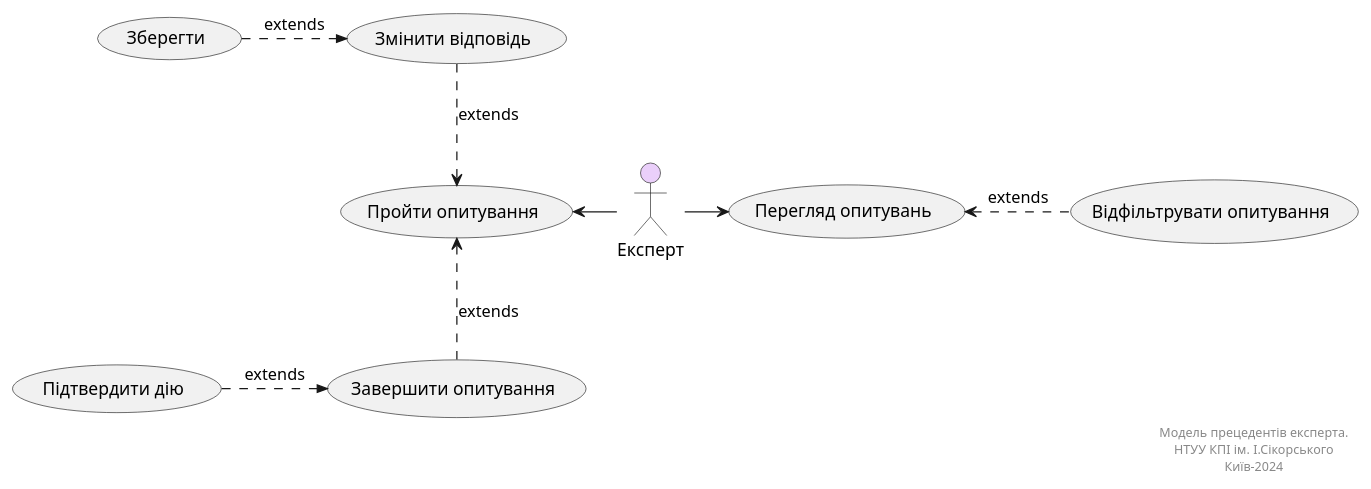
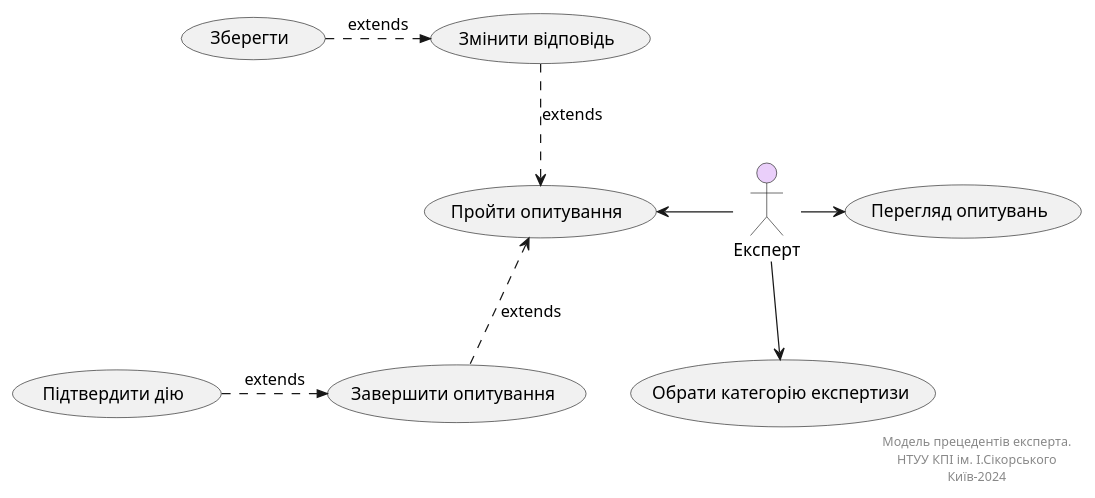
Before and after one commit to generalmaks/db_labs: the fourth of 16 diagrams in docs/use_cases.md, drawn with PlantUML.

Commit message:
Update Expert use case

````diff
--- a/docs/use_cases.md
+++ b/docs/use_cases.md
@@ -200,34 +200,32 @@
 ```plantuml
 @startuml
 actor "Експерт" as Expert #eacffa
 
     usecase "Пройти опитування" as UC_1.1
     usecase "Перегляд опитувань" as UC_1.2
+    usecase "Обрати категорію експертизи" as UC_1.3
     
     usecase "Завершити опитування" as UC_1.1.1
     usecase "Змінити відповідь" as UC_1.1.2
-    
-    usecase "Відфільтрувати опитування" as UC_1.2.1
     
     usecase "Підтвердити дію" as UC_1.1.1.1
     usecase "Зберегти" as UC_1.1.2.1
     
     Expert -left-> UC_1.1
     Expert -right-> UC_1.2
+    Expert --> UC_1.3
     
     UC_1.1.1 .up.> UC_1.1 :extends
     UC_1.1.2 ..> UC_1.1 :extends
-    
-    UC_1.2.1 .left.> UC_1.2 :extends
     
     UC_1.1.1.1 .>> UC_1.1.1 :extends
     UC_1.1.2.1 .>> UC_1.1.2 :extends
         
     right footer
         Модель прецедентів експерта.
         НТУУ КПІ ім. І.Сікорського
         Київ-2024
     end footer
 
 @enduml
 ```
````
